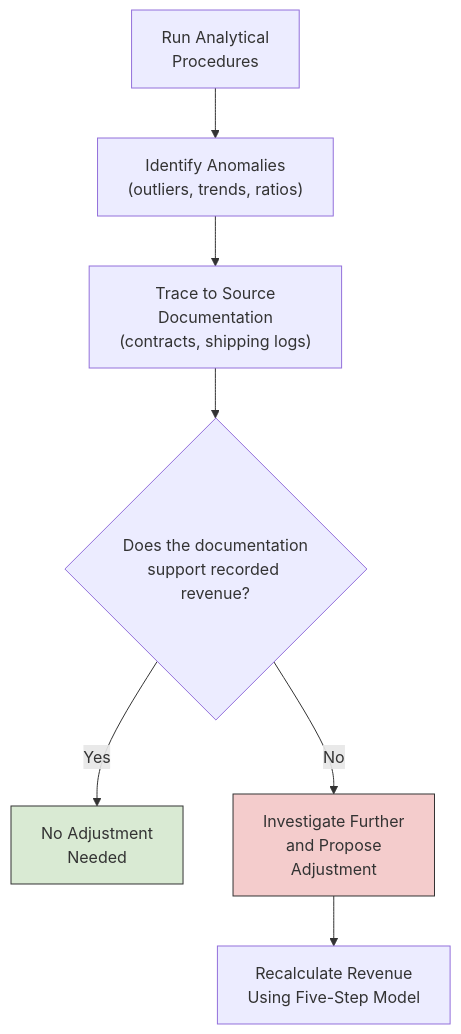
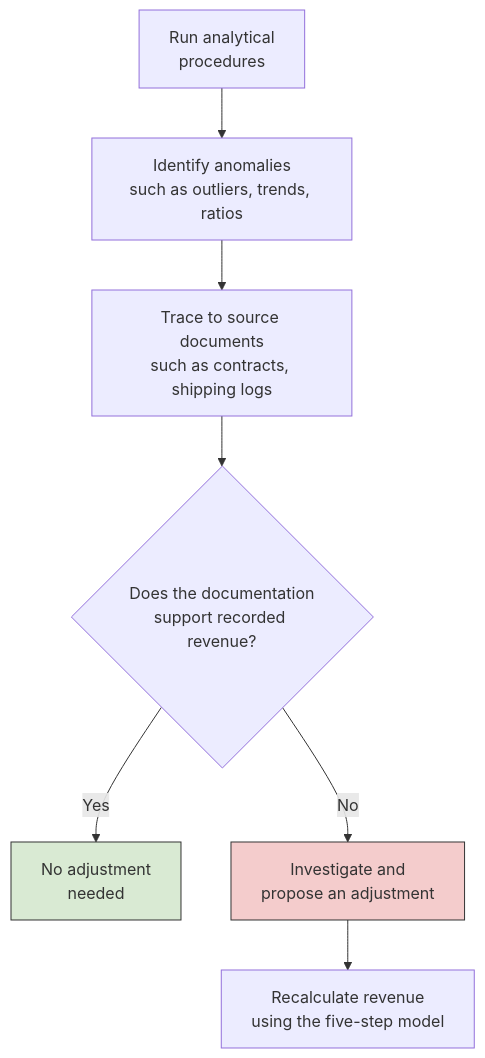
Before and after one commit to subwaymatch/cpabear-book: the third of 3 diagrams in docs/bar/technical-accounting-assets-and-revenue/revenue-recognition.md, drawn with Mermaid. The commit also changed other lines of this file and 204 other files, not shown here.

First line of the commit message:
Update the book for the 2027 CPA Exam Blueprints, fix dark-mode diagrams, add diagram zoom (#49)

````diff
--- a/docs/bar/technical-accounting-assets-and-revenue/revenue-recognition.md
+++ b/docs/bar/technical-accounting-assets-and-revenue/revenue-recognition.md
@@ -373,11 +240,11 @@
 ```mermaid
 graph TD
-    A["Run Analytical<br/>Procedures"] --> B["Identify Anomalies<br/>(outliers, trends, ratios)"]
-    B --> C["Trace to Source<br/>Documentation<br/>(contracts, shipping logs)"]
+    A["Run analytical<br/>procedures"] --> B["Identify anomalies<br/>such as outliers, trends, ratios"]
+    B --> C["Trace to source documents<br/>such as contracts, shipping logs"]
     C --> D{"Does the documentation<br/>support recorded revenue?"}
-    D -->|Yes| E["No Adjustment<br/>Needed"]
-    D -->|No| F["Investigate Further<br/>and Propose<br/>Adjustment"]
-    F --> G["Recalculate Revenue<br/>Using Five-Step Model"]
+    D -->|Yes| E["No adjustment<br/>needed"]
+    D -->|No| F["Investigate and<br/>propose an adjustment"]
+    F --> G["Recalculate revenue<br/>using the five-step model"]
     style E fill:#d9ead3,stroke:#333
     style F fill:#f4cccc,stroke:#333
 ```
````
